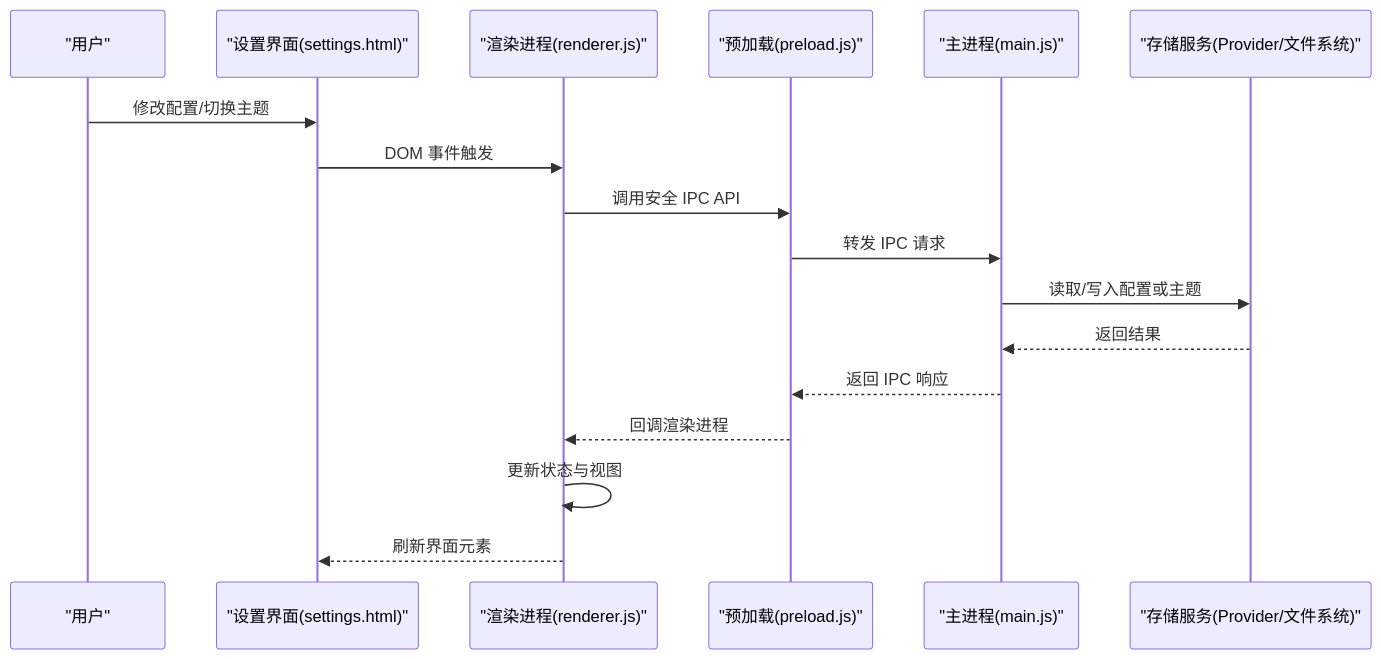
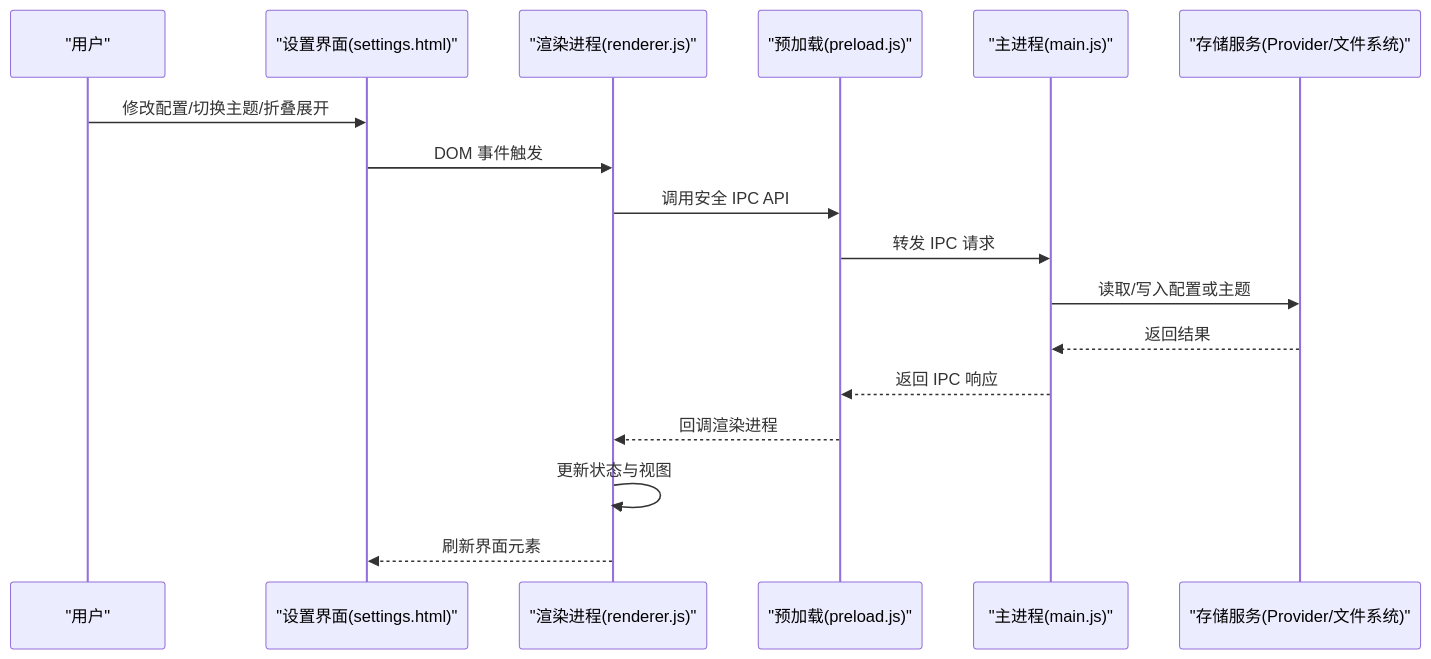
Before and after one commit to astordu/prompt_gogo: the second of 3 diagrams in .qoder/repowiki/zh/content/用户界面组件.md, drawn with Mermaid. The commit also changed other lines of this file and 60 other files, not shown here.

````diff
--- a/.qoder/repowiki/zh/content/用户界面组件.md
+++ b/.qoder/repowiki/zh/content/用户界面组件.md
@@ -105,19 +114,19 @@
 ```mermaid
 sequenceDiagram
 participant U as "用户"
 participant UI as "设置界面(settings.html)"
 participant R as "渲染进程(renderer.js)"
 participant P as "预加载(preload.js)"
 participant M as "主进程(main.js)"
 participant S as "存储服务(Provider/文件系统)"
-U->>UI : 修改配置/切换主题
+U->>UI : 修改配置/切换主题/折叠展开
 UI->>R : DOM 事件触发
 R->>P : 调用安全 IPC API
 P->>M : 转发 IPC 请求
 M->>S : 读取/写入配置或主题
 S-->>M : 返回结果
 M-->>P : 返回 IPC 响应
 P-->>R : 回调渲染进程
 R->>R : 更新状态与视图
 R-->>UI : 刷新界面元素
 ```
````
